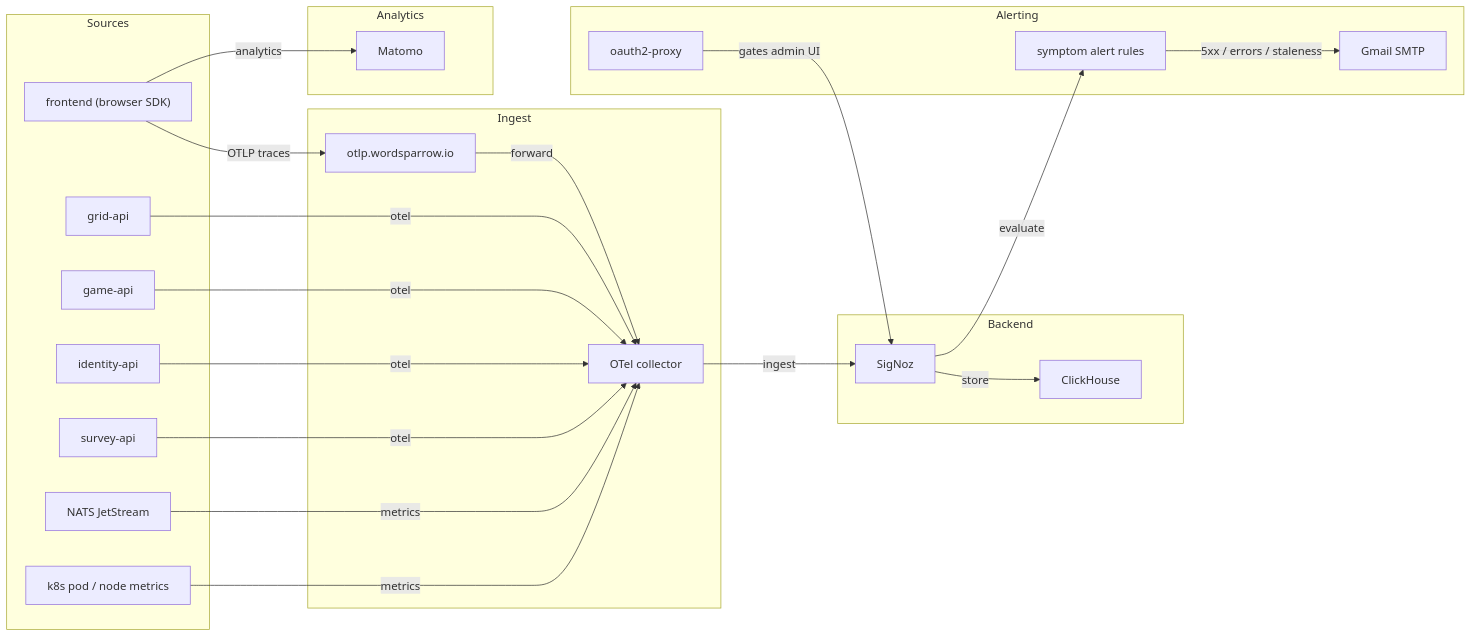
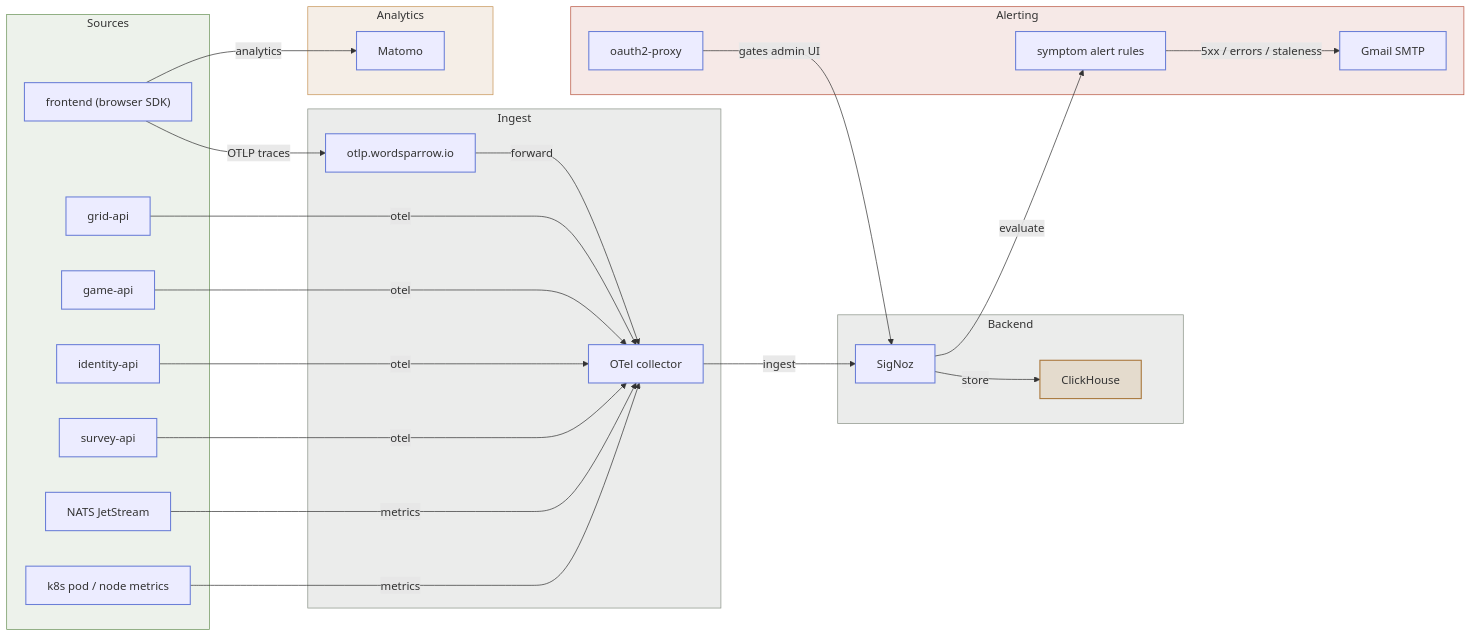
Before and after one commit to Ishou/wordsparrow: the fourth of 5 diagrams in README.md, drawn with Mermaid. The commit also changed other lines of this file and 5 other files, not shown here.

First line of the commit message:
feat(infra-diagrams): brand-palette styling for README diagrams (#815)

````diff
--- a/README.md
+++ b/README.md
@@ -183,42 +202,50 @@
 ```mermaid
 flowchart LR
   subgraph Sources
     frontend["frontend (browser SDK)"]
     grid["grid-api"]
     game["game-api"]
     identity["identity-api"]
     survey["survey-api"]
     nats["NATS JetStream"]
     k8smetrics["k8s pod / node metrics"]
   end
   subgraph Ingest
     otlpingress["otlp.wordsparrow.io"]
     collector["OTel collector"]
   end
   subgraph Backend
     signoz["SigNoz"]
     clickhouse["ClickHouse"]
   end
   subgraph Analytics
     matomo["Matomo"]
   end
   subgraph Alerting
     alerts["symptom alert rules"]
     gmail["Gmail SMTP"]
     oauth2["oauth2-proxy"]
   end
   frontend -->|analytics| matomo
   frontend -->|OTLP traces| otlpingress
   otlpingress -->|forward| collector
   grid -->|otel| collector
   game -->|otel| collector
   identity -->|otel| collector
   survey -->|otel| collector
   nats -->|metrics| collector
   k8smetrics -->|metrics| collector
   collector -->|ingest| signoz
   signoz -->|store| clickhouse
   signoz -->|evaluate| alerts
   alerts -->|5xx / errors / staleness| gmail
   oauth2 -->|gates admin UI| signoz
+  classDef data fill:#c8945633,stroke:#a87538;
+  class clickhouse data;
+  style Sources fill:#6a93581f,stroke:#6a9358;
+  style Ingest fill:#5a655a1f,stroke:#8b9488;
+  style Backend fill:#5a655a1f,stroke:#8b9488;
+  style Analytics fill:#a875381f,stroke:#c89456;
+  style Alerting fill:#b8554020,stroke:#b85540;
+  classDef default stroke:#6b7fd7,stroke-width:1.5px;
 ```
````
